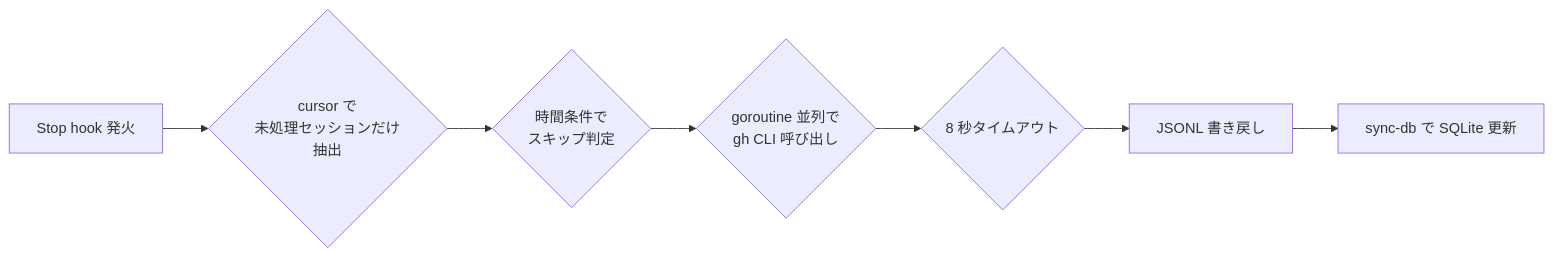
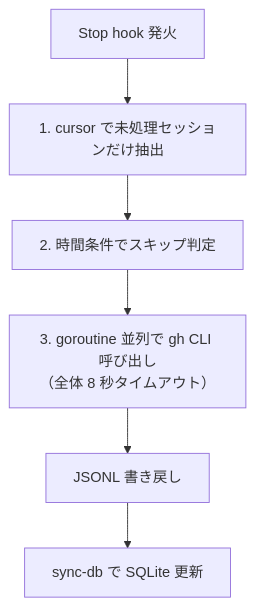
Before and after one commit to ishii1648/hitl-metrics: the second of 3 diagrams in site/content/explain/hooks/index.md, drawn with Mermaid. The commit also changed other lines of this file, not shown here.

First line of the commit message:
docs(site): collapse hooks page mermaid figures into legible layouts

````diff
--- a/site/content/explain/hooks/index.md
+++ b/site/content/explain/hooks/index.md
@@ -71,12 +49,11 @@
 ```mermaid
-flowchart LR
+flowchart TB
     A["Stop hook 発火"]
-    B{"cursor で<br/>未処理セッションだけ<br/>抽出"}
-    C{"時間条件で<br/>スキップ判定"}
-    D{"goroutine 並列で<br/>gh CLI 呼び出し"}
-    E{"8 秒タイムアウト"}
-    F["JSONL 書き戻し"]
-    G["sync-db で SQLite 更新"]
+    B["1. cursor で未処理セッションだけ抽出"]
+    C["2. 時間条件でスキップ判定"]
+    D["3. goroutine 並列で gh CLI 呼び出し<br/>（全体 8 秒タイムアウト）"]
+    E["JSONL 書き戻し"]
+    F["sync-db で SQLite 更新"]
 
-    A --> B --> C --> D --> E --> F --> G
+    A --> B --> C --> D --> E --> F
 ```
````
